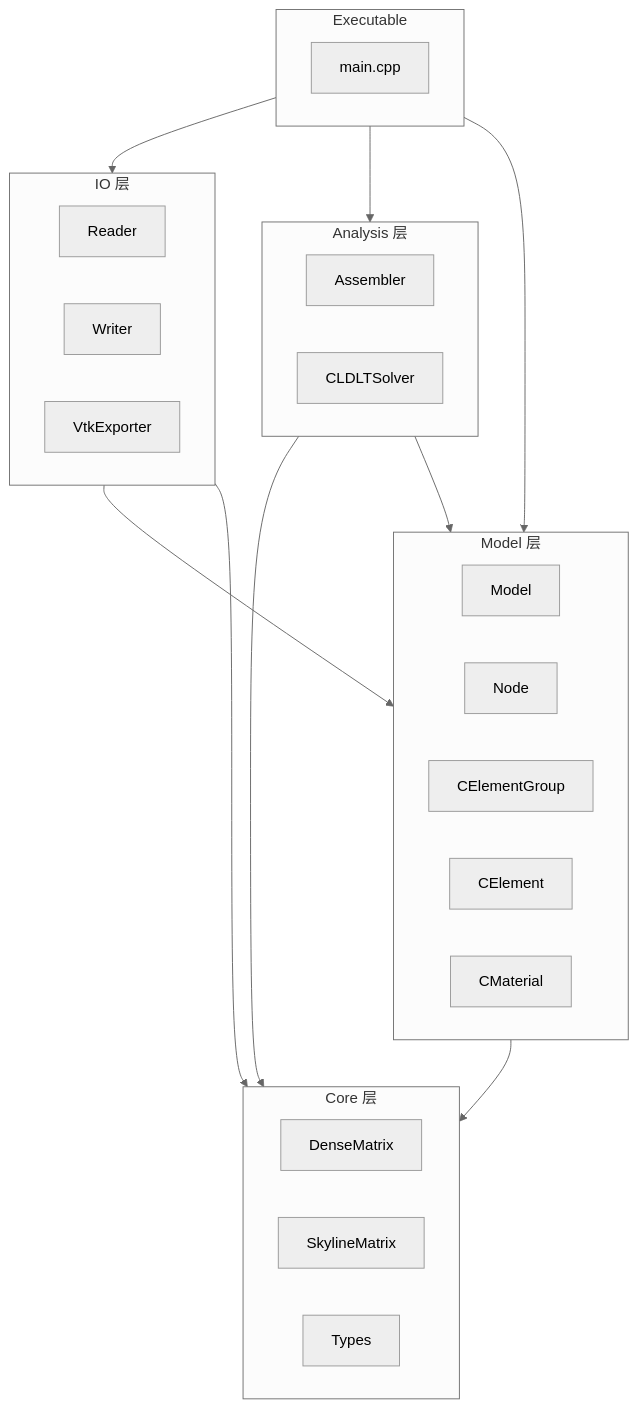
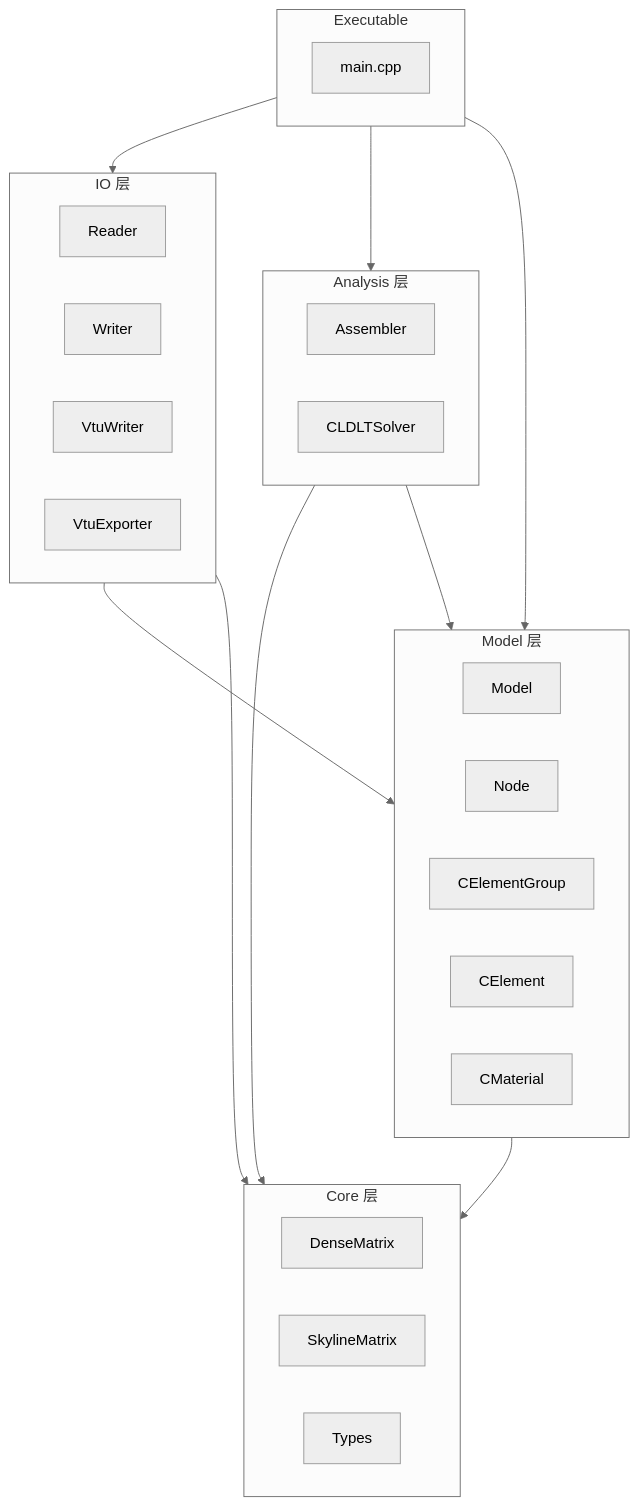
One commit to pandappan/MyFEM changed the first of 3 diagrams in README.md. Above: the diagram before and after it, drawn with Mermaid (neutral theme). The commit also changed other lines of this file and 19 other files, not shown here.

````diff
--- a/README.md
+++ b/README.md
@@ -33,42 +33,43 @@
 ```mermaid
 graph TD
 subgraph main[Executable]
     Main[main.cpp]
 end
 
 subgraph IO_Layer[IO 层]
 Reader
 Writer
-VtkExporter
+VtuWriter
+VtuExporter
 end
 
 subgraph Analysis_Layer[Analysis 层]
 Assembler
 CLDLTSolver
 end
 
 subgraph Model_Layer[Model 层]
 Model
 Node
 CElementGroup
 CElement
 CMaterial
 end
 subgraph Core_Layer[Core 层]
 DenseMatrix
 SkylineMatrix
 Types
 end
 
 main-->IO_Layer
 main-->Analysis_Layer
 main-->Model_Layer
 
 IO_Layer-->Model_Layer
 IO_Layer-->Core_Layer
 
 Analysis_Layer-->Core_Layer
 Analysis_Layer-->Model_Layer
 
 Model_Layer-->Core_Layer
 ```
````
